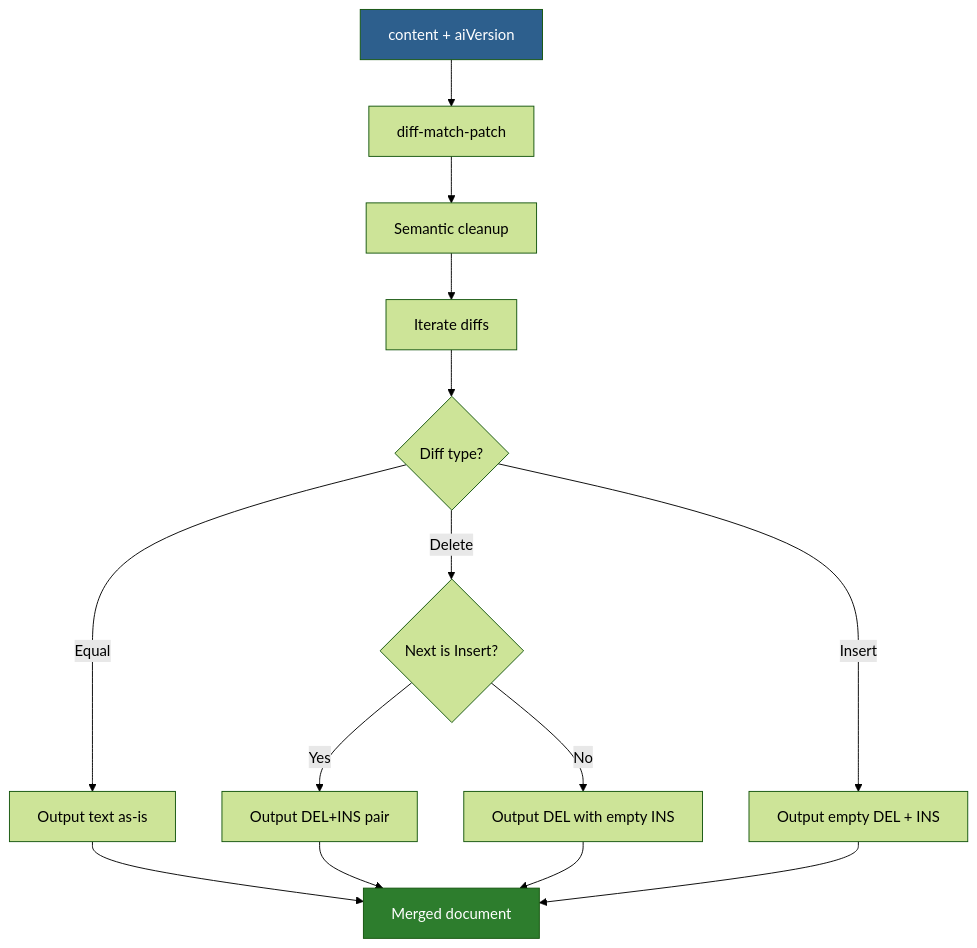
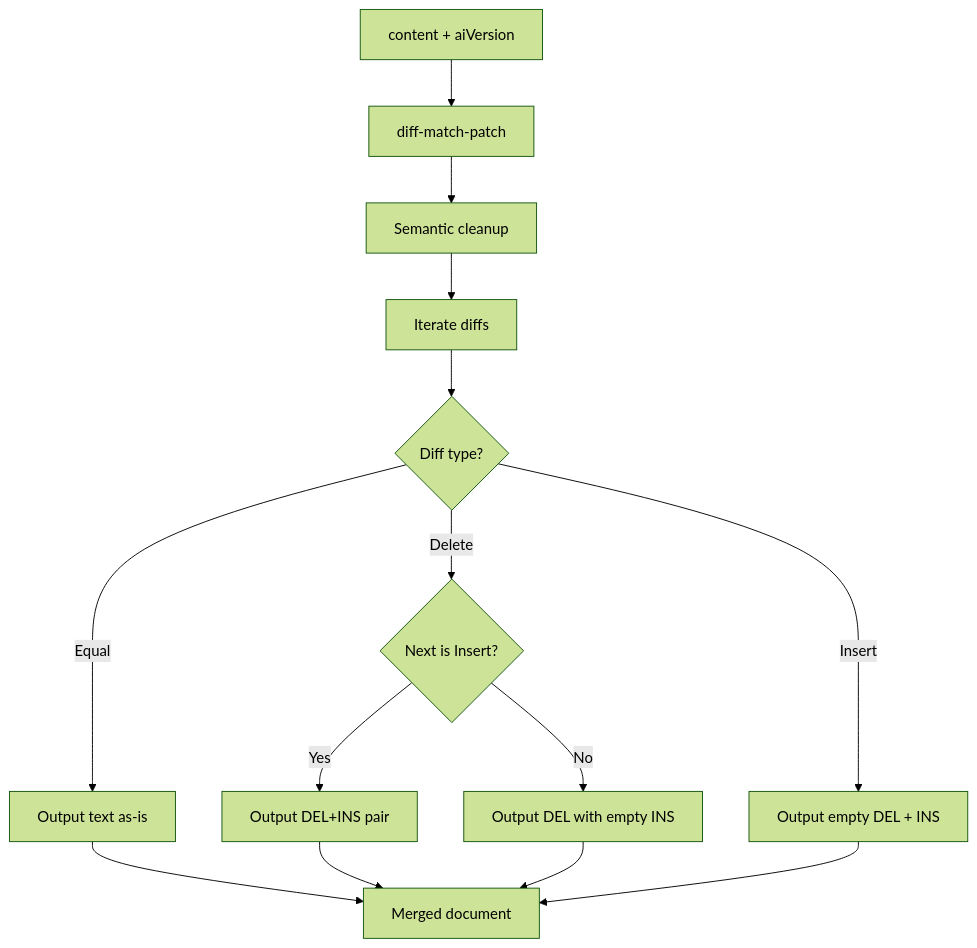
The first of 2 diagrams in _docs/technical/frontend/inline-editing/merged-document-pattern.md (haowjy/meridian-flow), drawn with Mermaid (forest theme) before and after one commit. The commit also changed 46 other files, not shown here.

````diff
--- a/_docs/technical/frontend/inline-editing/merged-document-pattern.md
+++ b/_docs/technical/frontend/inline-editing/merged-document-pattern.md
@@ -63,19 +63,17 @@
 ```mermaid
 flowchart TD
     A[content + aiVersion] --> B[diff-match-patch]
     B --> C[Semantic cleanup]
     C --> D[Iterate diffs]
     D --> E{Diff type?}
     E -->|Equal| F[Output text as-is]
     E -->|Delete| G{Next is Insert?}
     G -->|Yes| H[Output DEL+INS pair]
     G -->|No| I[Output DEL with empty INS]
     E -->|Insert| J[Output empty DEL + INS]
     F --> K[Merged document]
     H --> K
     I --> K
     J --> K
 
-    style A fill:#2d5f8d,color:#fff
-    style K fill:#2d7d2d,color:#fff
 ```
````
